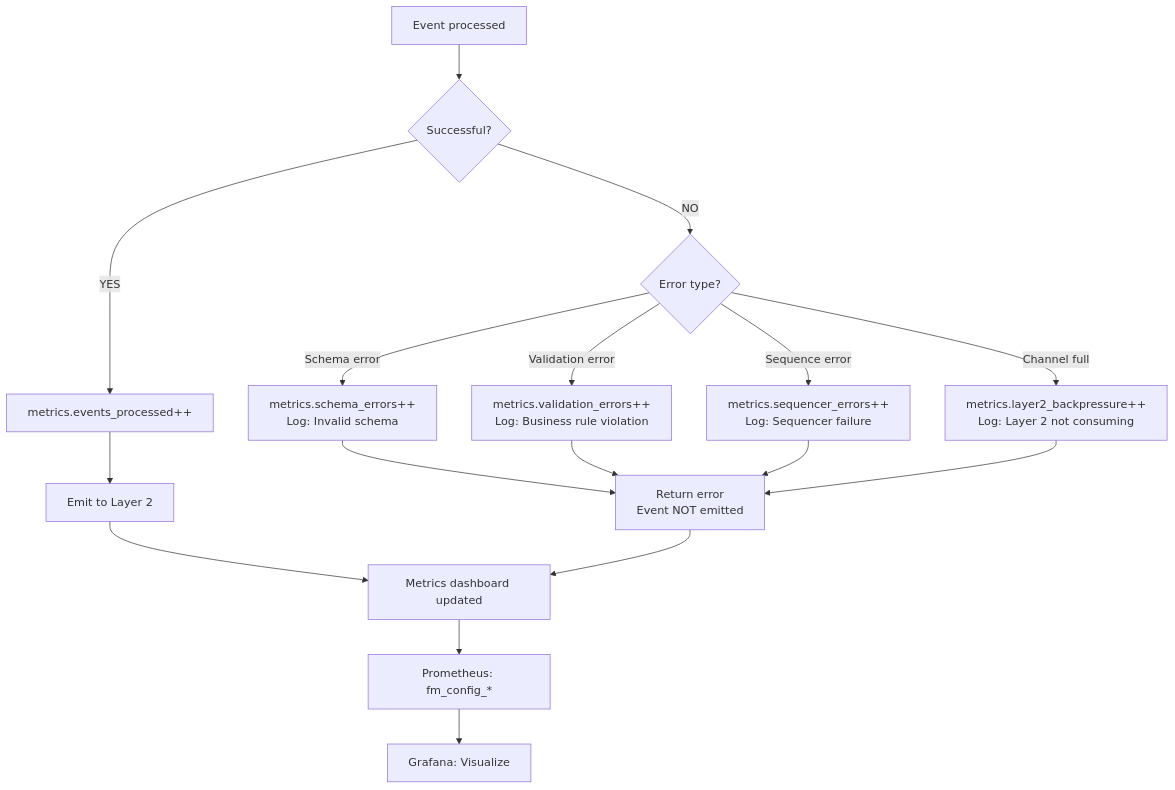
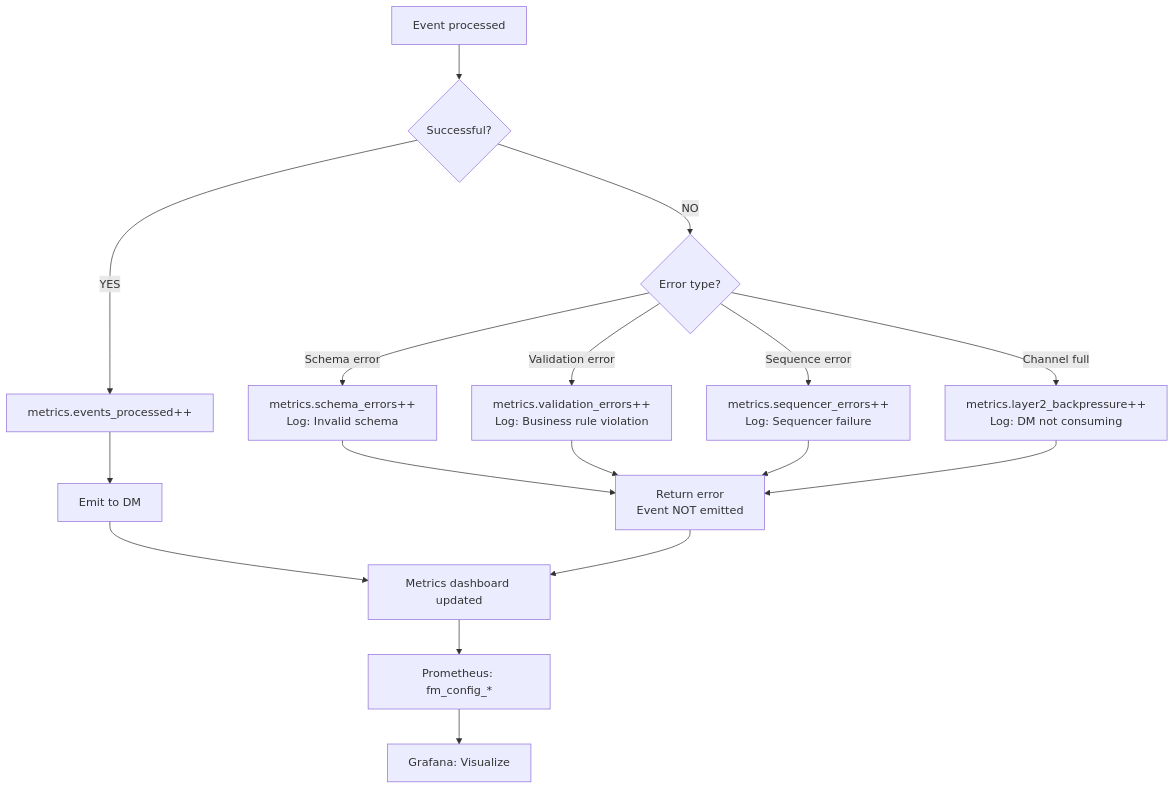
One commit to rashmirrout/DashFabric changed the tenth of 14 diagrams in docs/FM-Designs/FM_DESIGN_LAYER1_CONFIG_PLANE_SUPER_ENHANCED.md. Above: the diagram before and after it, drawn with Mermaid. The commit also changed other lines of this file and 32 other files, not shown here.

````diff
--- a/docs/FM-Designs/FM_DESIGN_LAYER1_CONFIG_PLANE_SUPER_ENHANCED.md
+++ b/docs/FM-Designs/FM_DESIGN_LAYER1_CONFIG_PLANE_SUPER_ENHANCED.md
@@ -563,25 +563,25 @@
 ```mermaid
 graph TD
     A["Event processed"] --> B{"Successful?"}
     
     B -->|"YES"| C["metrics.events_processed++"]
-    C --> D["Emit to Layer 2"]
+    C --> D["Emit to DM"]
     
     B -->|"NO"| E{"Error type?"}
     
     E -->|"Schema error"| F["metrics.schema_errors++<br/>Log: Invalid schema"]
     E -->|"Validation error"| G["metrics.validation_errors++<br/>Log: Business rule violation"]
     E -->|"Sequence error"| H["metrics.sequencer_errors++<br/>Log: Sequencer failure"]
-    E -->|"Channel full"| I["metrics.layer2_backpressure++<br/>Log: Layer 2 not consuming"]
+    E -->|"Channel full"| I["metrics.layer2_backpressure++<br/>Log: DM not consuming"]
     
     F --> J["Return error<br/>Event NOT emitted"]
     G --> J
     H --> J
     I --> J
     
     D --> K["Metrics dashboard updated"]
     J --> K
     
     K --> L["Prometheus: fm_config_*"]
     L --> M["Grafana: Visualize"]
 ```
````
